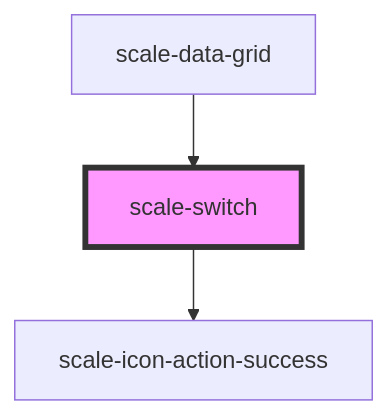
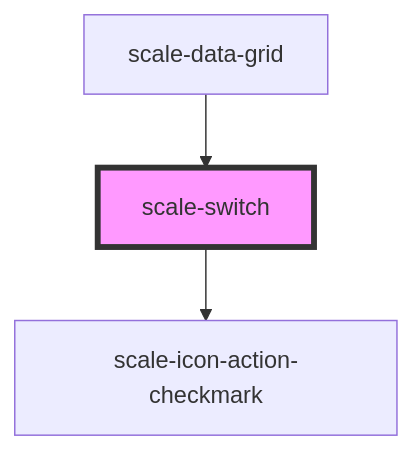
Before and after one commit to telekom/scale: the diagram in packages/components/src/components/switch/readme.md, drawn with Mermaid. The commit also changed other lines of this file and 787 other files, not shown here.

````diff
--- a/packages/components/src/components/switch/readme.md
+++ b/packages/components/src/components/switch/readme.md
@@ -40,6 +40,6 @@
 ```mermaid
 graph TD;
-  scale-switch --> scale-icon-action-success
+  scale-switch --> scale-icon-action-checkmark
   scale-data-grid --> scale-switch
   style scale-switch fill:#f9f,stroke:#333,stroke-width:4px
 ```
````
